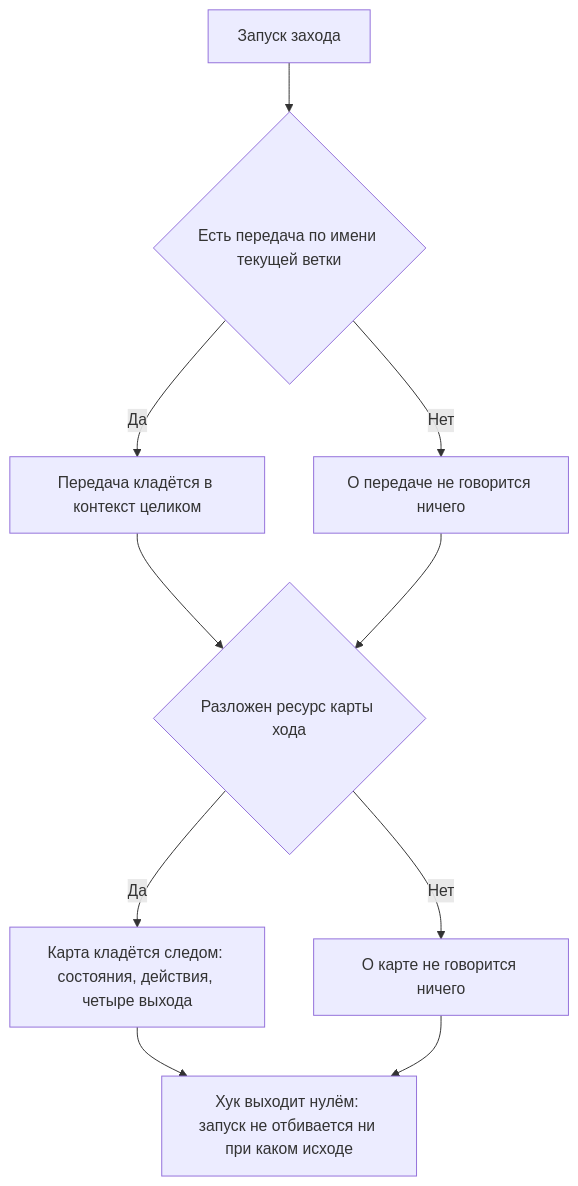
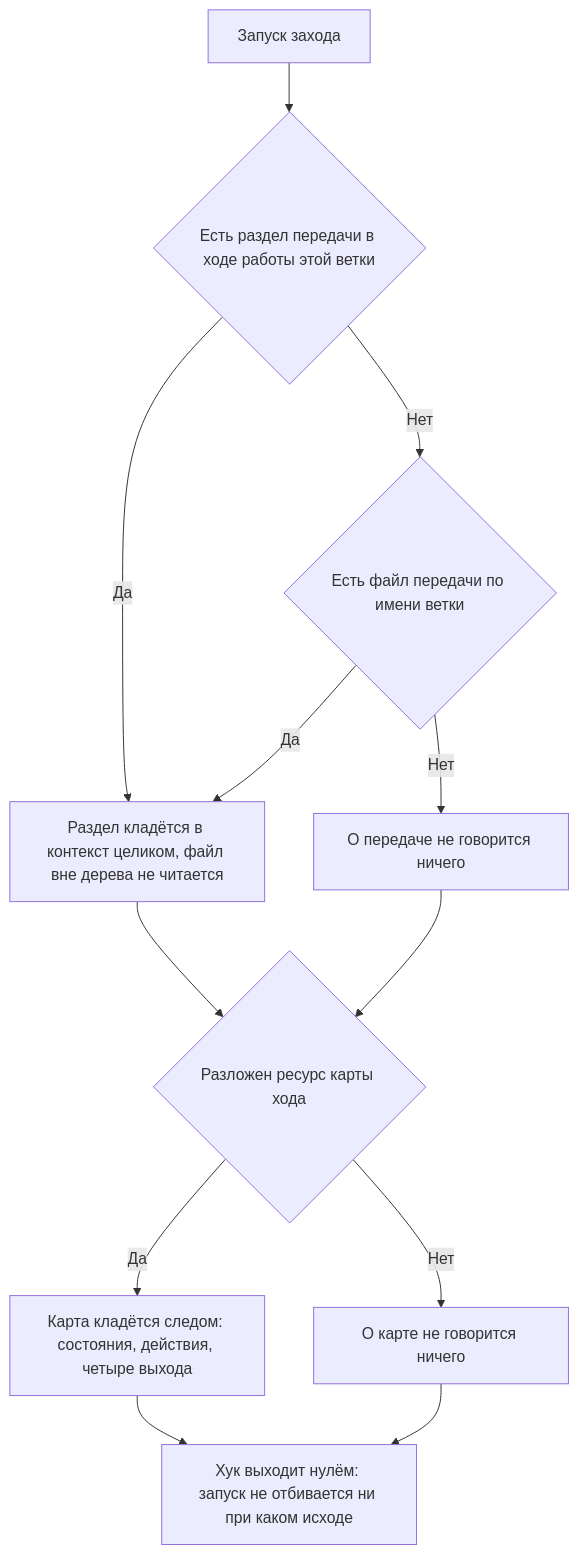
One commit to Eyhenij/rt-tools changed the diagram in .claude/skills/turn-entry/SKILL.md. Above: the diagram before and after it, drawn with Mermaid. The commit also changed other lines of this file and 14 other files, not shown here.

First line of the commit message:
feat(rt:agent-kit): передача захода лежит разделом хода работы

````diff
--- a/.claude/skills/turn-entry/SKILL.md
+++ b/.claude/skills/turn-entry/SKILL.md
@@ -34,12 +34,14 @@
 ```mermaid
 flowchart TD
-    A[Запуск захода] --> B{Есть передача по имени текущей ветки}
-    B -->|Да| C[Передача кладётся в контекст целиком]
-    B -->|Нет| D[О передаче не говорится ничего]
+    A[Запуск захода] --> B{Есть раздел передачи в ходе работы этой ветки}
+    B -->|Да| C[Раздел кладётся в контекст целиком, файл вне дерева не читается]
+    B -->|Нет| B2{Есть файл передачи по имени ветки}
+    B2 -->|Да| C
+    B2 -->|Нет| D[О передаче не говорится ничего]
     C --> E{Разложен ресурс карты хода}
     D --> E
     E -->|Да| F[Карта кладётся следом: состояния, действия, четыре выхода]
     E -->|Нет| G[О карте не говорится ничего]
     F --> H[Хук выходит нулём: запуск не отбивается ни при каком исходе]
     G --> H
 ```
````
